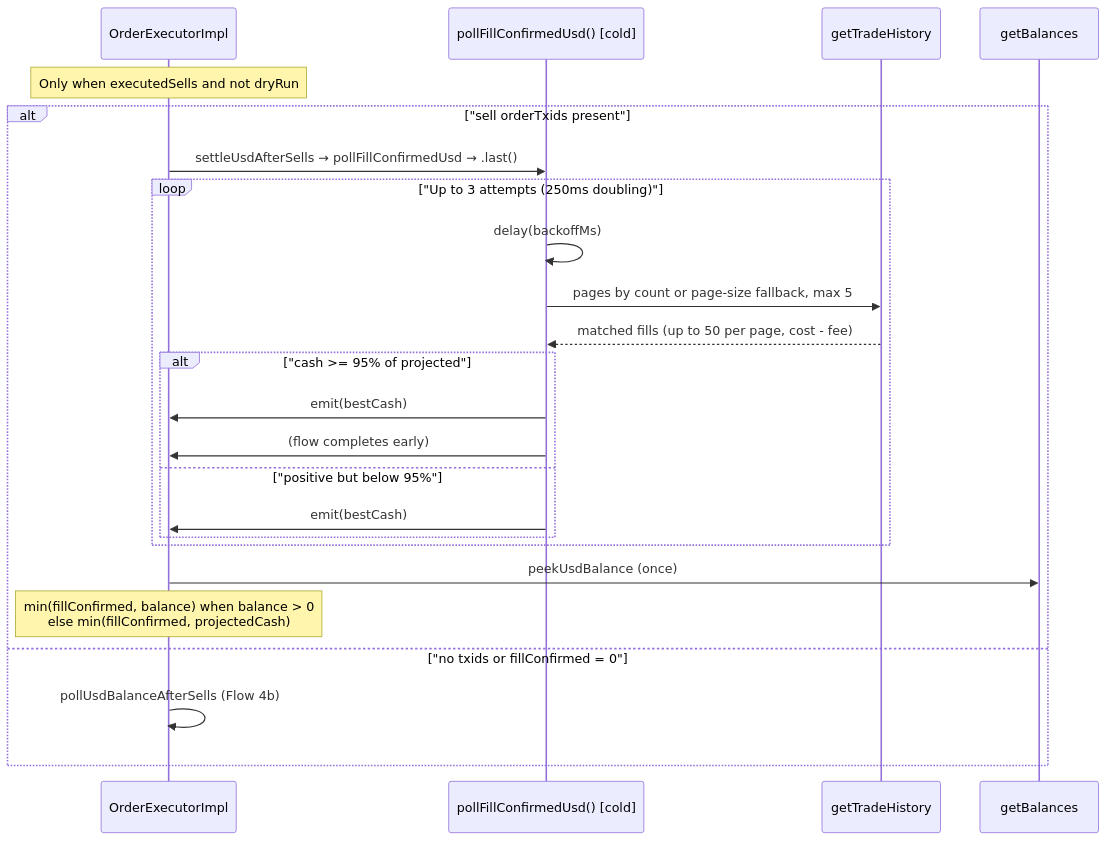
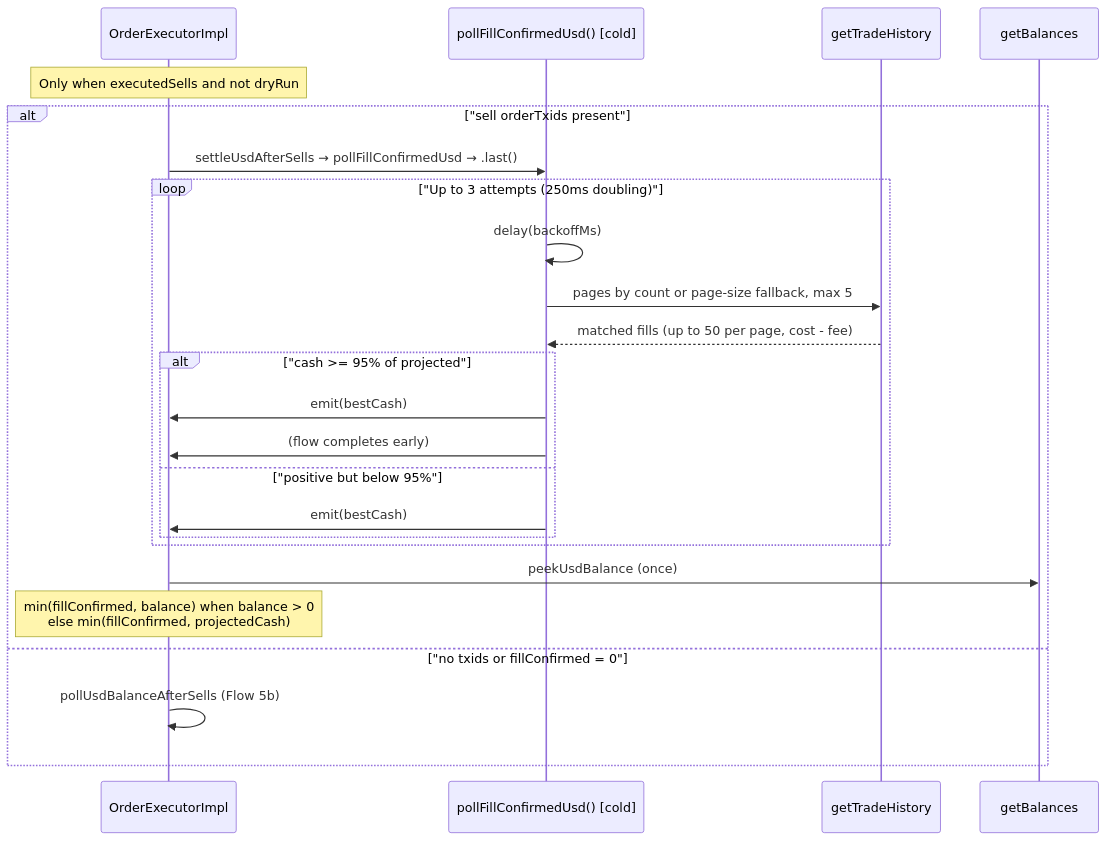
Before and after one commit to HyperVon/new-kraken-rebalancer: the sixth of 7 diagrams in docs/FLOWS.md, drawn with Mermaid. The commit also changed other lines of this file and 28 other files, not shown here.

````diff
--- a/docs/FLOWS.md
+++ b/docs/FLOWS.md
@@ -324,27 +325,27 @@
 ```mermaid
 sequenceDiagram
     participant OE as OrderExecutorImpl
     participant Fill as pollFillConfirmedUsd() [cold]
     participant Hist as getTradeHistory
     participant Bal as getBalances
 
     note over OE: Only when executedSells and not dryRun
     alt "sell orderTxids present"
         OE->>Fill: settleUsdAfterSells → pollFillConfirmedUsd → .last()
         loop "Up to 3 attempts (250ms doubling)"
             Fill->>Fill: delay(backoffMs)
             Fill->>Hist: pages by count or page-size fallback, max 5
             Hist-->>Fill: matched fills (up to 50 per page, cost - fee)
             alt "cash >= 95% of projected"
                 Fill->>OE: emit(bestCash)
                 Fill->>OE: (flow completes early)
             else "positive but below 95%"
                 Fill->>OE: emit(bestCash)
             end
         end
         OE->>Bal: peekUsdBalance (once)
         note over OE: min(fillConfirmed, balance) when balance > 0<br/>else min(fillConfirmed, projectedCash)
     else "no txids or fillConfirmed = 0"
-        OE->>OE: pollUsdBalanceAfterSells (Flow 4b)
+        OE->>OE: pollUsdBalanceAfterSells (Flow 5b)
     end
 ```
````
